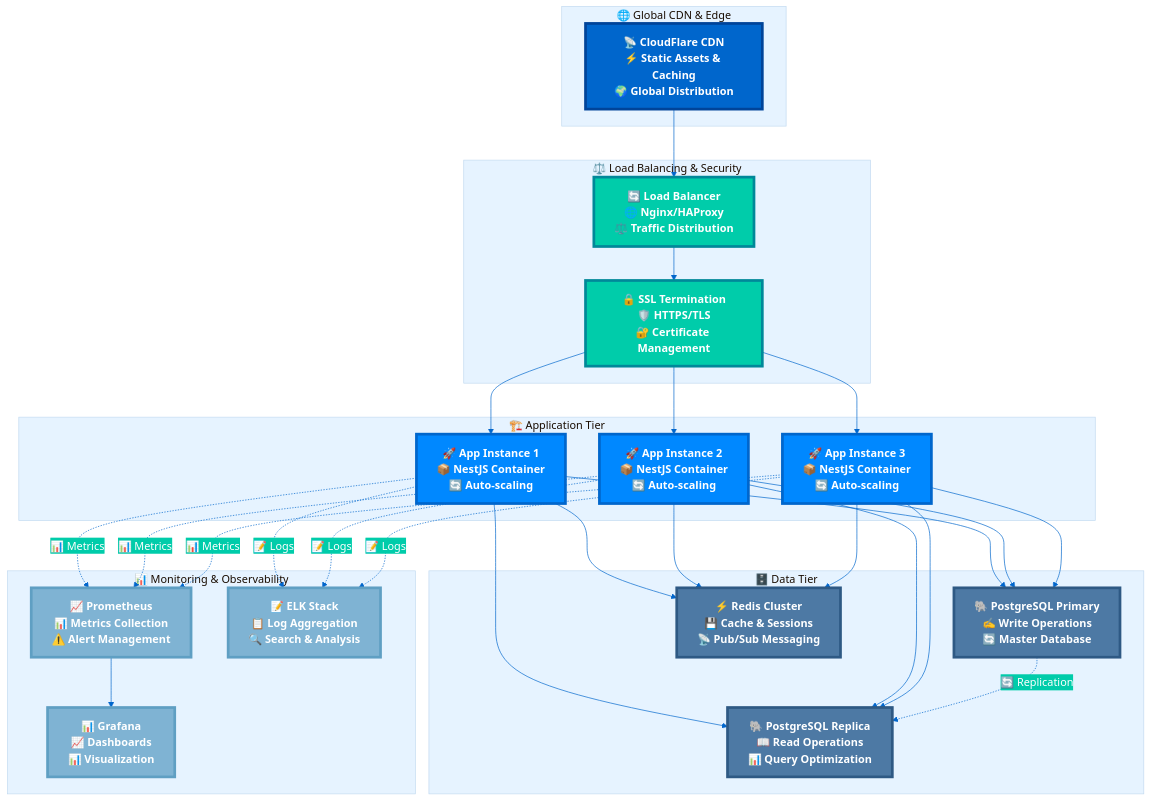
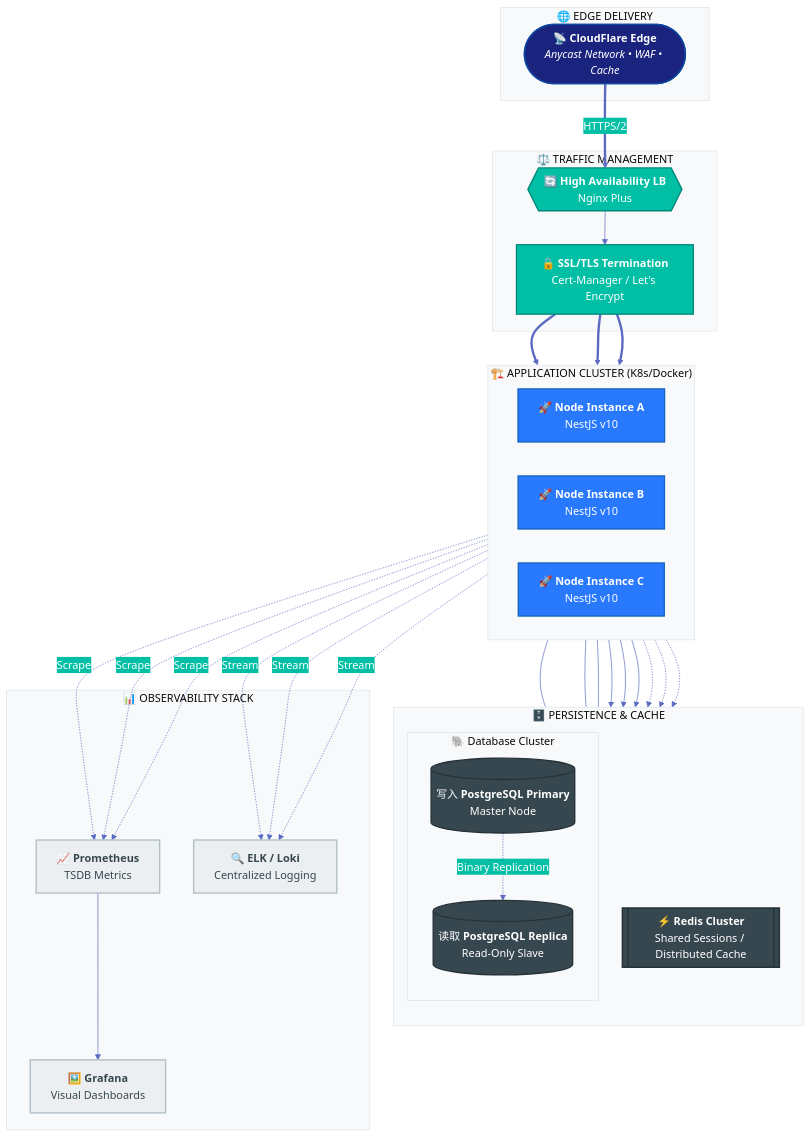
The seventh of 7 diagrams in docs/ARCHITECTURE_UPDATED.md (abdoElHodaky/transportapp), drawn with Mermaid before and after one commit.

````diff
--- a/docs/ARCHITECTURE_UPDATED.md
+++ b/docs/ARCHITECTURE_UPDATED.md
@@ -543,91 +543,84 @@
 %%{init: {
   'theme': 'base',
   'themeVariables': {
-    'primaryColor': '#0066cc',
+    'primaryColor': '#1a237e',
     'primaryTextColor': '#ffffff',
-    'primaryBorderColor': '#004499',
-    'lineColor': '#0066cc',
-    'secondaryColor': '#00ccaa',
-    'tertiaryColor': '#e6f3ff',
-    'background': '#ffffff',
-    'mainBkg': '#0066cc',
-    'secondBkg': '#00ccaa',
-    'tertiaryBkg': '#e6f3ff'
+    'primaryBorderColor': '#0d47a1',
+    'lineColor': '#5c6bc0',
+    'secondaryColor': '#00bfa5',
+    'tertiaryColor': '#f5f7fa',
+    'mainBkg': '#1a237e',
+    'nodeBorder': '#303f9f',
+    'clusterBkg': '#f8f9fa',
+    'clusterBorder': '#dee2e6'
   }
 }}%%
 
 graph TB
-    subgraph "🌐 Global CDN & Edge"
-        CDN[📡 CloudFlare CDN<br/>⚡ Static Assets & Caching<br/>🌍 Global Distribution]
+    %% Global Edge Section
+    subgraph EDGE ["🌐 EDGE DELIVERY"]
+        CDN(["📡 <b>CloudFlare Edge</b><br/><i>Anycast Network • WAF • Cache</i>"])
+    end
+
+    %% Security & Routing Section
+    subgraph GATEWAY ["⚖️ TRAFFIC MANAGEMENT"]
+        LB{{"🔄 <b>High Availability LB</b><br/>Nginx Plus"}}
+        SSL["🔒 <b>SSL/TLS Termination</b><br/>Cert-Manager / Let's Encrypt"]
     end
     
-    subgraph "⚖️ Load Balancing & Security"
-        LB[🔄 Load Balancer<br/>🌐 Nginx/HAProxy<br/>⚖️ Traffic Distribution]
-        SSL[🔒 SSL Termination<br/>🛡️ HTTPS/TLS<br/>🔐 Certificate Management]
+    %% Application Cluster
+    subgraph APP_TIER ["🏗️ APPLICATION CLUSTER (K8s/Docker)"]
+        direction LR
+        APP1["🚀 <b>Node Instance A</b><br/>NestJS v10"]
+        APP2["🚀 <b>Node Instance B</b><br/>NestJS v10"]
+        APP3["🚀 <b>Node Instance C</b><br/>NestJS v10"]
     end
     
-    subgraph "🏗️ Application Tier"
-        APP1[🚀 App Instance 1<br/>📦 NestJS Container<br/>🔄 Auto-scaling]
-        APP2[🚀 App Instance 2<br/>📦 NestJS Container<br/>🔄 Auto-scaling]
-        APP3[🚀 App Instance 3<br/>📦 NestJS Container<br/>🔄 Auto-scaling]
+    %% Storage Tier
+    subgraph DATA_TIER ["🗄️ PERSISTENCE & CACHE"]
+        direction TB
+        subgraph DB_POOL ["🐘 Database Cluster"]
+            PG_PRIMARY[("写入 <b>PostgreSQL Primary</b><br/>Master Node")]
+            PG_REPLICA[("读取 <b>PostgreSQL Replica</b><br/>Read-Only Slave")]
+        end
+        REDIS_CLUSTER[["⚡ <b>Redis Cluster</b><br/>Shared Sessions / Distributed Cache"]]
     end
     
-    subgraph "🗄️ Data Tier"
-        PG_PRIMARY[🐘 PostgreSQL Primary<br/>✍️ Write Operations<br/>🔄 Master Database]
-        PG_REPLICA[🐘 PostgreSQL Replica<br/>📖 Read Operations<br/>📊 Query Optimization]
-        REDIS_CLUSTER[⚡ Redis Cluster<br/>💾 Cache & Sessions<br/>📡 Pub/Sub Messaging]
-    end
-    
-    subgraph "📊 Monitoring & Observability"
-        PROMETHEUS[📈 Prometheus<br/>📊 Metrics Collection<br/>⚠️ Alert Management]
-        GRAFANA[📊 Grafana<br/>📈 Dashboards<br/>📊 Visualization]
-        LOGS[📝 ELK Stack<br/>📋 Log Aggregation<br/>🔍 Search & Analysis]
+    %% Observability
+    subgraph OBS_TIER ["📊 OBSERVABILITY STACK"]
+        PROMETHEUS["📈 <b>Prometheus</b><br/>TSDB Metrics"]
+        GRAFANA["🖼️ <b>Grafana</b><br/>Visual Dashboards"]
+        LOGS["🔍 <b>ELK / Loki</b><br/>Centralized Logging"]
     end
 
-    %% Traffic Flow
-    CDN --> LB
+    %% Traffic Connections
+    CDN ==>|HTTPS/2| LB
     LB --> SSL
-    SSL --> APP1
-    SSL --> APP2
-    SSL --> APP3
+    SSL ==> APP1 & APP2 & APP3
     
-    %% Database Connections
-    APP1 --> PG_PRIMARY
-    APP1 --> PG_REPLICA
-    APP2 --> PG_PRIMARY
-    APP2 --> PG_REPLICA
-    APP3 --> PG_PRIMARY
-    APP3 --> PG_REPLICA
+    %% Data Flow
+    APP1 & APP2 & APP3 --- REDIS_CLUSTER
+    APP1 & APP2 & APP3 --> PG_PRIMARY
+    APP1 & APP2 & APP3 -.-> PG_REPLICA
     
-    %% Cache Connections
-    APP1 --> REDIS_CLUSTER
-    APP2 --> REDIS_CLUSTER
-    APP3 --> REDIS_CLUSTER
+    %% Replication Link
+    PG_PRIMARY -.->|Binary Replication| PG_REPLICA
     
-    %% Database Replication
-    PG_PRIMARY -.->|🔄 Replication| PG_REPLICA
-    
-    %% Monitoring
-    APP1 -.->|📊 Metrics| PROMETHEUS
-    APP2 -.->|📊 Metrics| PROMETHEUS
-    APP3 -.->|📊 Metrics| PROMETHEUS
-    
+    %% Telemetry Flow
+    APP1 & APP2 & APP3 -.->|Scrape| PROMETHEUS
+    APP1 & APP2 & APP3 -.->|Stream| LOGS
     PROMETHEUS --> GRAFANA
-    
-    APP1 -.->|📝 Logs| LOGS
-    APP2 -.->|📝 Logs| LOGS
-    APP3 -.->|📝 Logs| LOGS
 
-    %% Eye-catching Architecture Deployment Styling
-    classDef cdnEdge fill:#0066cc,stroke:#004499,stroke-width:4px,color:#ffffff,font-weight:bold
-    classDef loadBalancing fill:#00ccaa,stroke:#008899,stroke-width:4px,color:#ffffff,font-weight:bold
-    classDef applicationTier fill:#0088ff,stroke:#0066cc,stroke-width:4px,color:#ffffff,font-weight:bold
-    classDef dataTier fill:#4d79a4,stroke:#2e5984,stroke-width:4px,color:#ffffff,font-weight:bold
-    classDef monitoringTier fill:#7fb3d3,stroke:#5f9fc3,stroke-width:4px,color:#ffffff,font-weight:bold
+    %% Advanced Styling Classes
+    classDef edgeClass fill:#1a237e,stroke:#0d47a1,stroke-width:2px,color:#fff
+    classDef gatewayClass fill:#00bfa5,stroke:#00897b,stroke-width:2px,color:#fff
+    classDef appClass fill:#2979ff,stroke:#1565c0,stroke-width:2px,color:#fff
+    classDef dbClass fill:#37474f,stroke:#263238,stroke-width:2px,color:#fff
+    classDef obsClass fill:#eceff1,stroke:#b0bec5,stroke-width:2px,color:#37474f
 
-    class CDN cdnEdge
-    class LB,SSL loadBalancing
-    class APP1,APP2,APP3 applicationTier
-    class PG_PRIMARY,PG_REPLICA,REDIS_CLUSTER dataTier
-    class PROMETHEUS,GRAFANA,LOGS monitoringTier
+    class CDN edgeClass
+    class LB,SSL gatewayClass
+    class APP1,APP2,APP3 appClass
+    class PG_PRIMARY,PG_REPLICA,REDIS_CLUSTER dbClass
+    class PROMETHEUS,GRAFANA,LOGS obsClass
 ```
````
